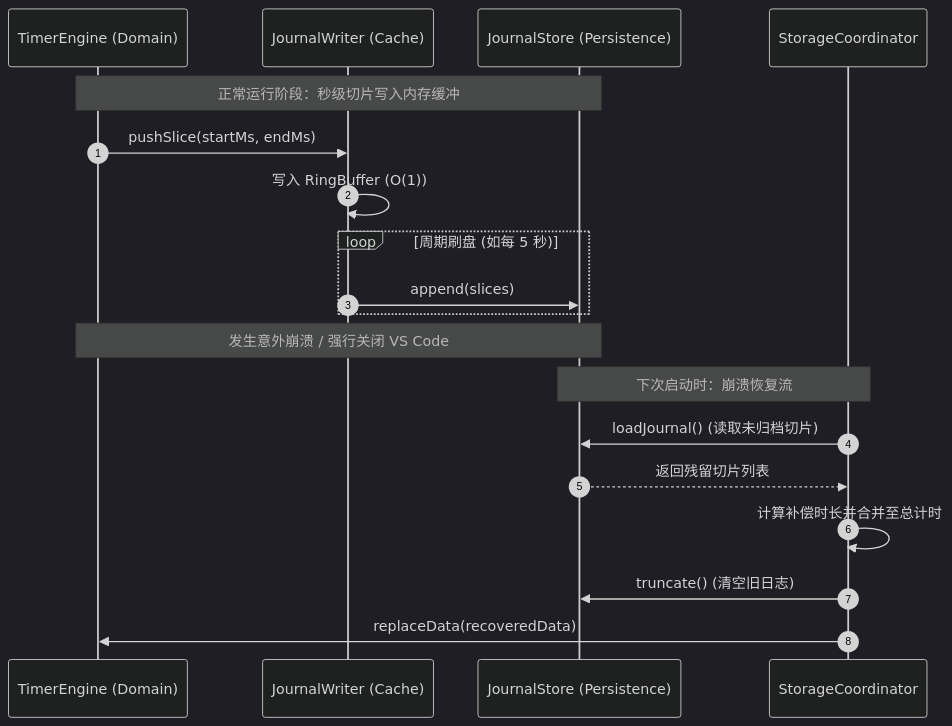
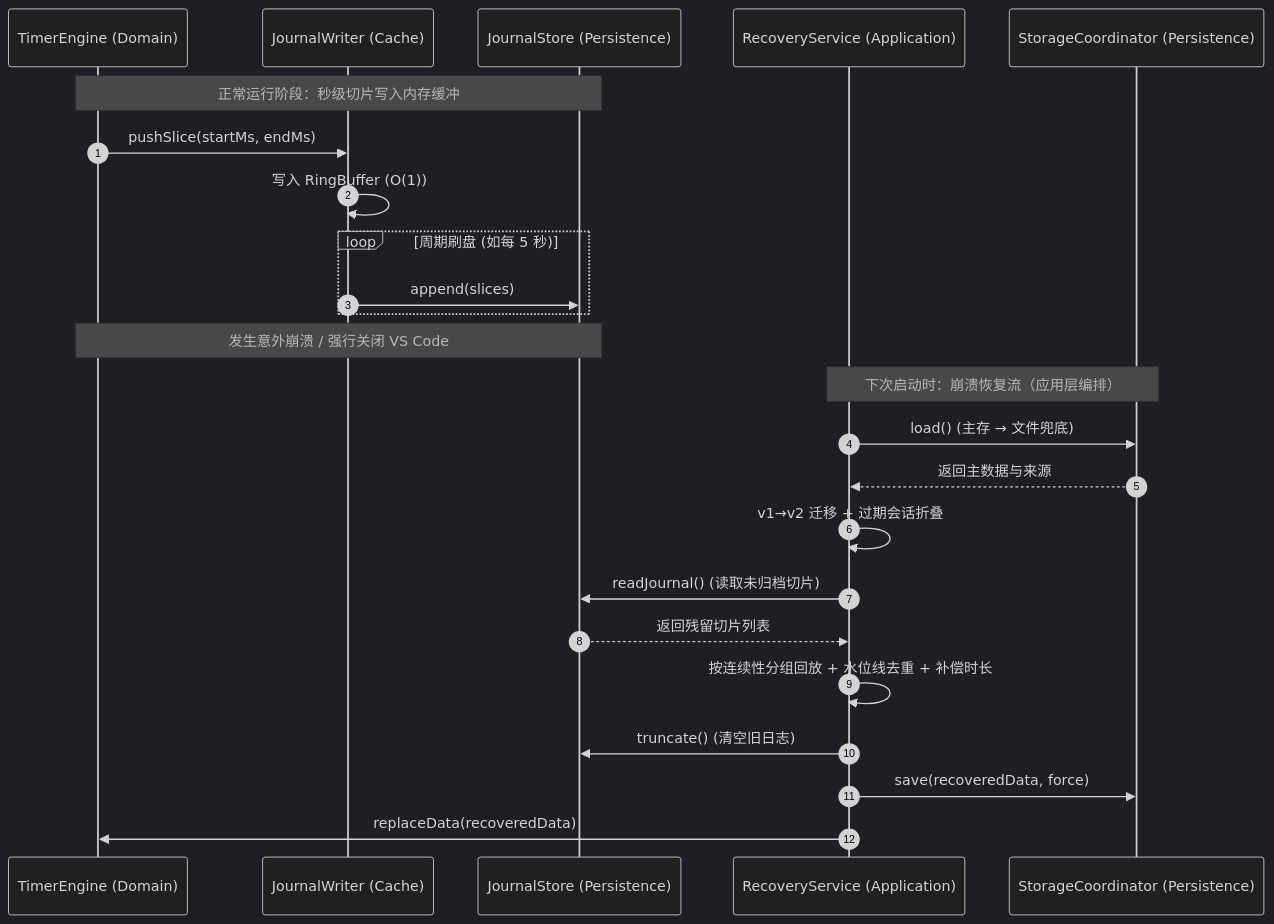
One commit to guilingzhouyi-creator/vscode-extensions changed the second of 2 diagrams in workspace-timing/docs/architecture.md. Above: the diagram before and after it, drawn with Mermaid (dark theme). The commit also changed other lines of this file and 15 other files, not shown here.

First line of the commit message:
refactor(workspace-timing): recovery to application layer, windowed aggregation, scheduler & decoupling cleanup

````diff
--- a/workspace-timing/docs/architecture.md
+++ b/workspace-timing/docs/architecture.md
@@ -143,24 +145,29 @@
 ```mermaid
 sequenceDiagram
     autonumber
     participant Engine as TimerEngine (Domain)
     participant Writer as JournalWriter (Cache)
     participant Disk as JournalStore (Persistence)
-    participant Coord as StorageCoordinator
+    participant Coord as RecoveryService (Application)
+    participant Store as StorageCoordinator (Persistence)
 
     Note over Engine, Disk: 正常运行阶段：秒级切片写入内存缓冲
     Engine->>Writer: pushSlice(startMs, endMs)
     Writer->>Writer: 写入 RingBuffer (O(1))
     
     loop 周期刷盘 (如每 5 秒)
         Writer->>Disk: append(slices)
     end
 
     Note over Engine, Disk: 发生意外崩溃 / 强行关闭 VS Code
-    Note over Coord, Disk: 下次启动时：崩溃恢复流
-    Coord->>Disk: loadJournal() (读取未归档切片)
+    Note over Coord, Store: 下次启动时：崩溃恢复流（应用层编排）
+    Coord->>Store: load() (主存 → 文件兜底)
+    Store-->>Coord: 返回主数据与来源
+    Coord->>Coord: v1→v2 迁移 + 过期会话折叠
+    Coord->>Disk: readJournal() (读取未归档切片)
     Disk-->>Coord: 返回残留切片列表
-    Coord->>Coord: 计算补偿时长并合并至总计时
+    Coord->>Coord: 按连续性分组回放 + 水位线去重 + 补偿时长
     Coord->>Disk: truncate() (清空旧日志)
+    Coord->>Store: save(recoveredData, force)
     Coord->>Engine: replaceData(recoveredData)
 ```
````
